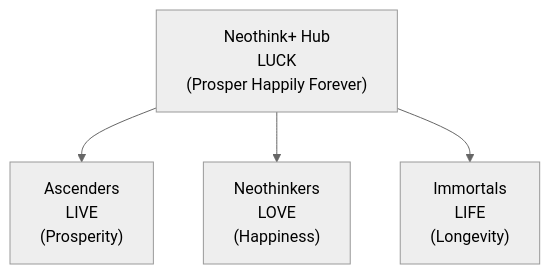
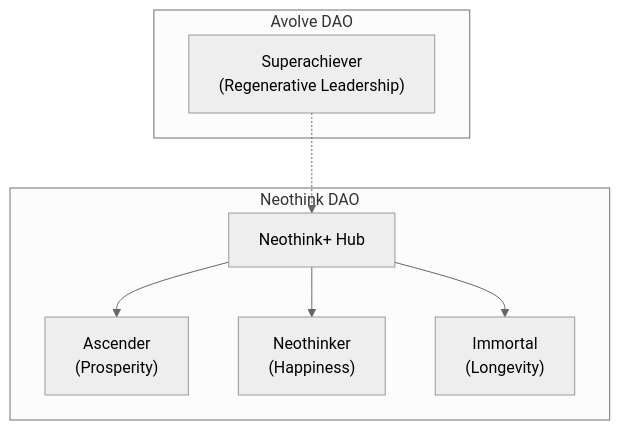
One commit to joshuaseymour/joshuaseymour changed the diagram in README.md. Above: the diagram before and after it, drawn with Mermaid (neutral theme). The commit also changed other lines of this file, not shown here.

````diff
--- a/README.md
+++ b/README.md
@@ -157,11 +25,16 @@
 ```mermaid
 graph TD
-  LUCK["Neothink+ Hub<br/>LUCK<br/>(Prosper Happily Forever)"]
-  LIVE["Ascenders<br/>LIVE<br/>(Prosperity)"]
-  LOVE["Neothinkers<br/>LOVE<br/>(Happiness)"]
-  LIFE["Immortals<br/>LIFE<br/>(Longevity)"]
-
-  LUCK --> LIVE
-  LUCK --> LOVE
-  LUCK --> LIFE
+  subgraph Neothink DAO
+    Ascender["Ascender<br/>(Prosperity)"]
+    Neothinker["Neothinker<br/>(Happiness)"]
+    Immortal["Immortal<br/>(Longevity)"]
+    Hub["Neothink+ Hub"]
+    Hub --> Ascender
+    Hub --> Neothinker
+    Hub --> Immortal
+  end
+  subgraph Avolve DAO
+    Superachiever["Superachiever<br/>(Regenerative Leadership)"]
+  end
+  Superachiever -.-> Hub
 ```
````
